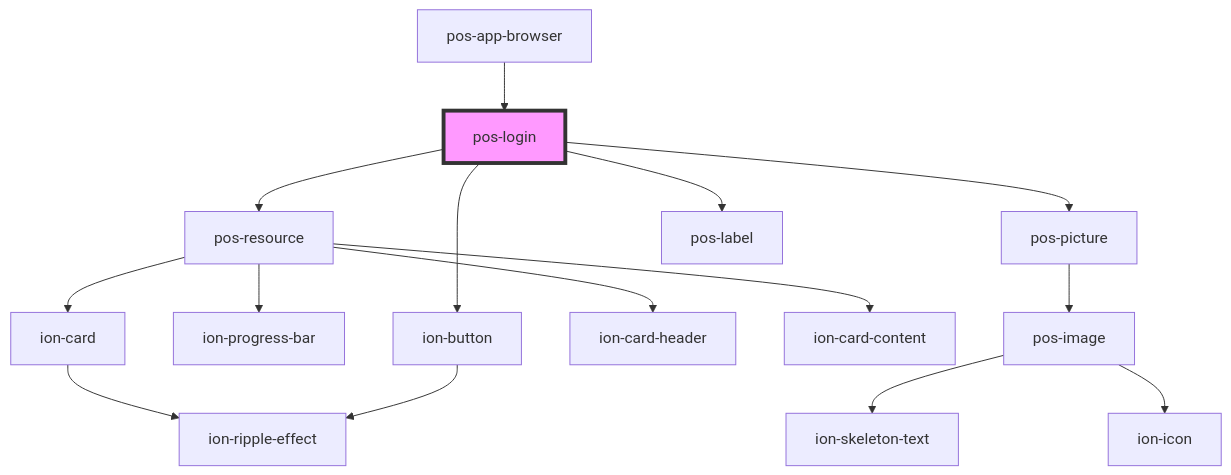
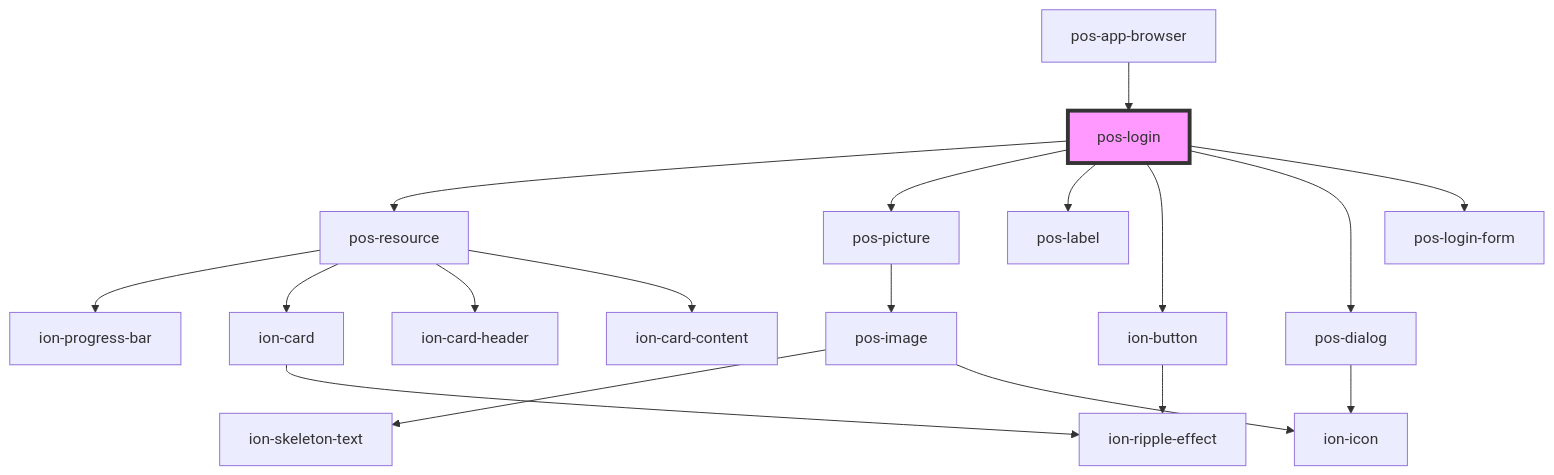
The diagram in docs/elements/components/pos-login/readme.md (pod-os/PodOS), drawn with Mermaid before and after one commit. The commit also changed other lines of this file and 5 other files, not shown here.

````diff
--- a/docs/elements/components/pos-login/readme.md
+++ b/docs/elements/components/pos-login/readme.md
@@ -29,18 +31,21 @@
 ```mermaid
 graph TD;
   pos-login --> pos-resource
   pos-login --> pos-picture
   pos-login --> pos-label
   pos-login --> ion-button
+  pos-login --> pos-dialog
+  pos-login --> pos-login-form
   pos-resource --> ion-progress-bar
   pos-resource --> ion-card
   pos-resource --> ion-card-header
   pos-resource --> ion-card-content
   ion-card --> ion-ripple-effect
   pos-picture --> pos-image
   pos-image --> ion-skeleton-text
   pos-image --> ion-icon
   ion-button --> ion-ripple-effect
+  pos-dialog --> ion-icon
   pos-app-browser --> pos-login
   style pos-login fill:#f9f,stroke:#333,stroke-width:4px
 ```
````
